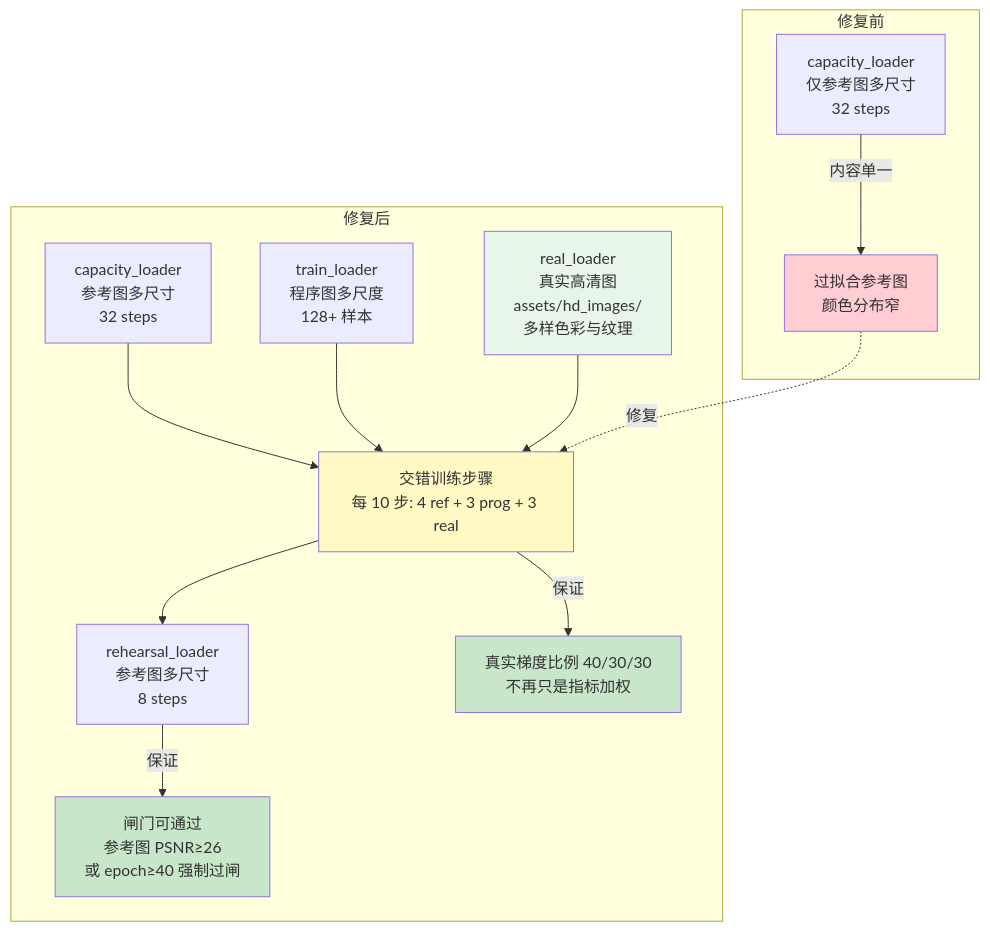
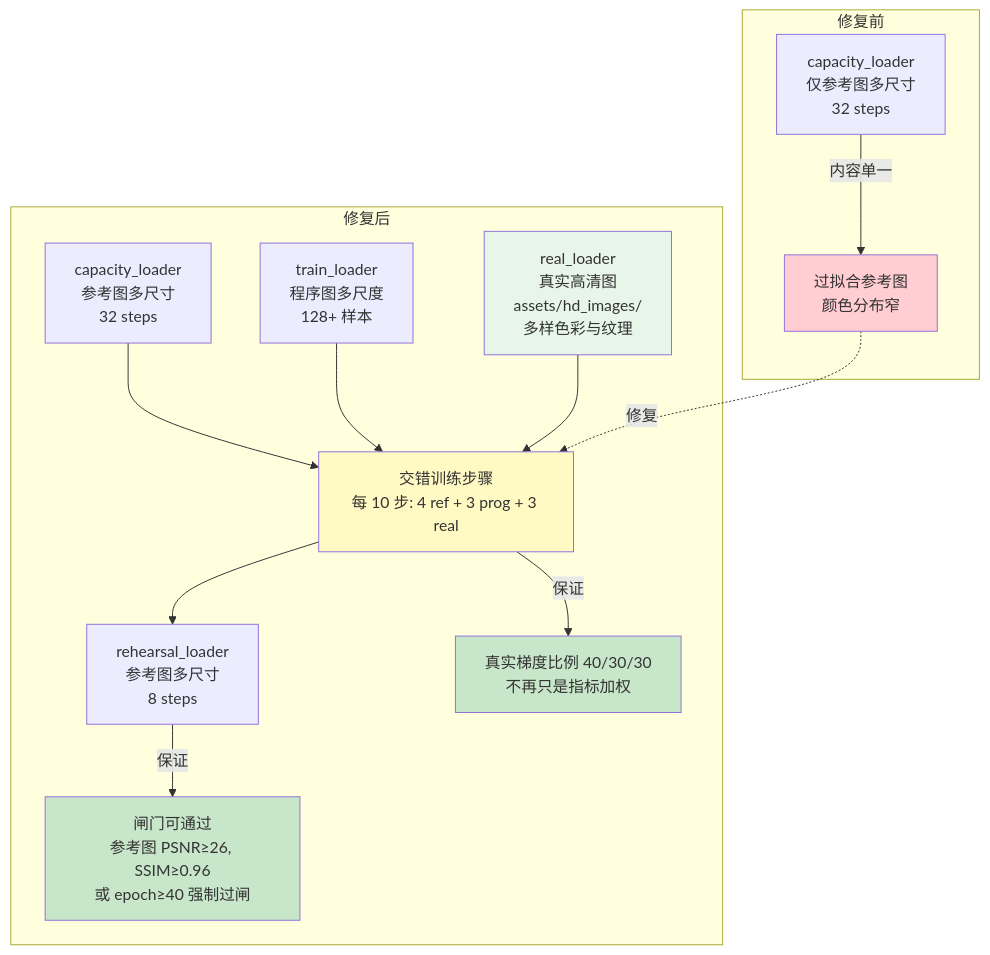
Before and after one commit to novvoo/kakeya-vae: diagram 13 of 19 in docs/architecture.md, drawn with Mermaid. The commit also changed other lines of this file and 1 other file, not shown here.

````diff
--- a/docs/architecture.md
+++ b/docs/architecture.md
@@ -679,29 +679,29 @@
 ```mermaid
 graph TD
     subgraph 修复前
         OLD_CAP[capacity_loader<br/>仅参考图多尺寸<br/>32 steps]
         OLD_CAP -->|内容单一| OVERFIT[过拟合参考图<br/>颜色分布窄]
     end
 
     subgraph 修复后
         NEW_CAP_REF[capacity_loader<br/>参考图多尺寸<br/>32 steps]
         NEW_CAP_PROG[train_loader<br/>程序图多尺度<br/>128+ 样本]
         NEW_CAP_REAL[real_loader<br/>真实高清图<br/>assets/hd_images/<br/>多样色彩与纹理]
         NEW_REH[rehearsal_loader<br/>参考图多尺寸<br/>8 steps]
 
         NEW_CAP_REF --> MERGE[交错训练步骤<br/>每 10 步: 4 ref + 3 prog + 3 real]
         NEW_CAP_PROG --> MERGE
         NEW_CAP_REAL --> MERGE
         MERGE --> NEW_REH
-        NEW_REH -->|保证| GATE[闸门可通过<br/>参考图 PSNR≥26<br/>或 epoch≥40 强制过闸]
+        NEW_REH -->|保证| GATE[闸门可通过<br/>参考图 PSNR≥26, SSIM≥0.96<br/>或 epoch≥40 强制过闸]
         MERGE -->|保证| GEN[真实梯度比例 40/30/30<br/>不再只是指标加权]
     end
 
     OVERFIT -.->|修复| MERGE
 
     style OVERFIT fill:#ffcdd2
     style GATE fill:#c8e6c9
     style GEN fill:#c8e6c9
     style MERGE fill:#fff9c4
     style NEW_CAP_REAL fill:#e8f5e9
 ```
````
